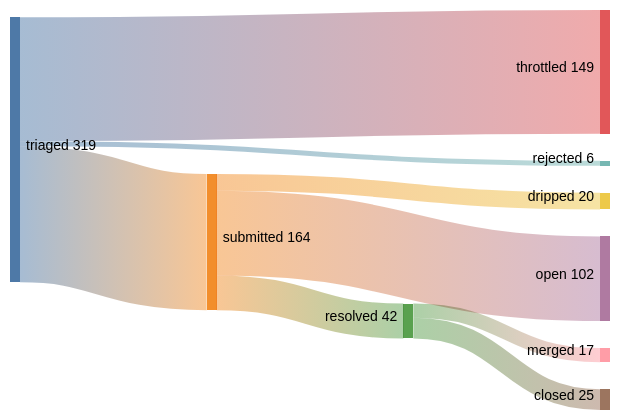
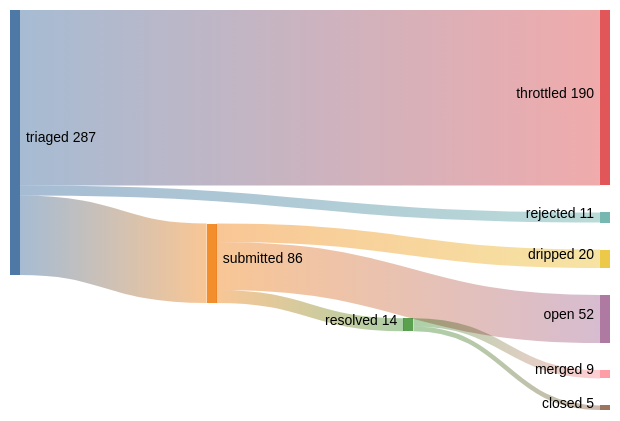
Before and after one commit to kimjune01/kimjune01: the diagram in README.md, drawn with Mermaid (forest theme). The commit also changed other lines of this file, not shown here.

Commit message:
stats: 9/14 = 64% (01:41 UTC)

````diff
--- a/README.md
+++ b/README.md
@@ -3,11 +3,11 @@
 ```mermaid
 sankey-beta
-    triaged,    submitted, 164
-    triaged,    throttled, 149
-    triaged,    rejected,  6
-    submitted,  resolved,  42
+    triaged,    submitted, 86
+    triaged,    throttled, 190
+    triaged,    rejected,  11
+    submitted,  resolved,  14
     submitted,  dripped,   20
-    submitted,  open,      102
-    resolved,   merged,    17
-    resolved,   closed,    25
+    submitted,  open,      52
+    resolved,   merged,    9
+    resolved,   closed,    5
 ```
````
